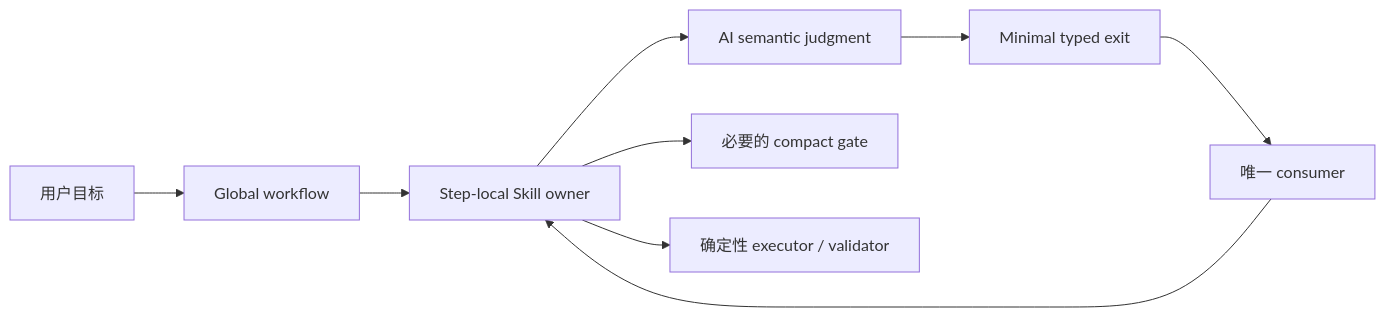
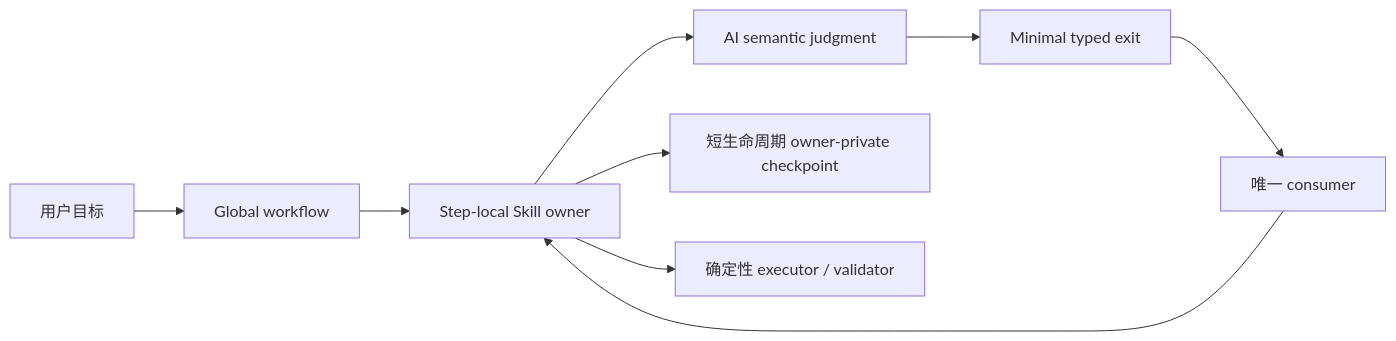
One commit to castbox/guru-trellis changed the first of 2 diagrams in docs/requirements/guru-team-trellis-flow.md. Above: the diagram before and after it, drawn with Mermaid. The commit also changed other lines of this file and 1485 other files, not shown here.

````diff
--- a/docs/requirements/guru-team-trellis-flow.md
+++ b/docs/requirements/guru-team-trellis-flow.md
@@ -9,11 +9,11 @@
 ```mermaid
 flowchart LR
   U["用户目标"] --> W["Global workflow"]
   W --> S["Step-local Skill owner"]
   S --> J["AI semantic judgment"]
   J --> D["Minimal typed exit"]
   D --> C["唯一 consumer"]
   C --> S
-  S --> P["必要的 compact gate"]
+  S --> P["短生命周期 owner-private checkpoint"]
   S --> R["确定性 executor / validator"]
 ```
````
